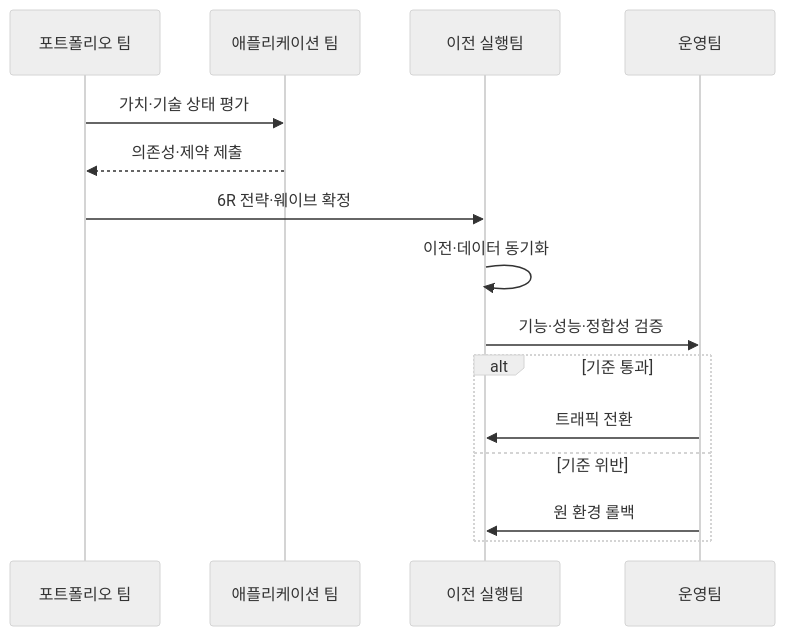
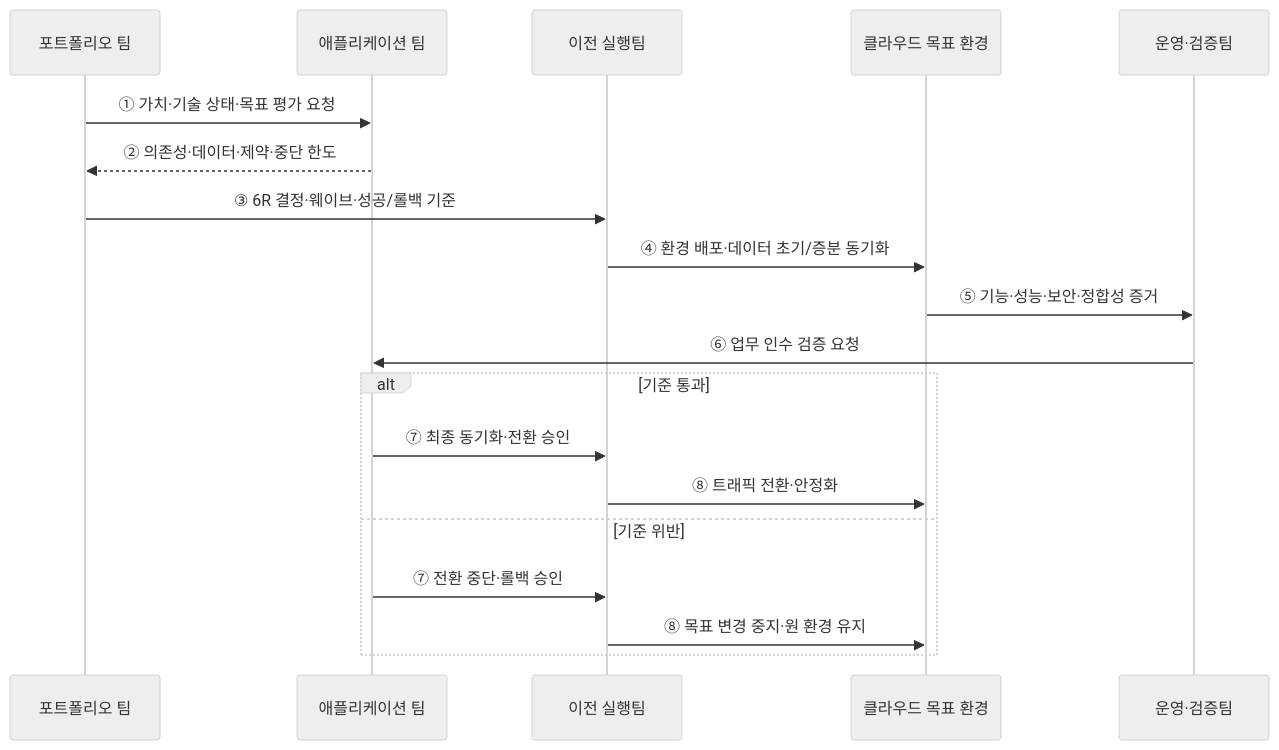
Before and after one commit to agnusdei1207/knowledge-base: the second of 2 diagrams in src/content/docs/notes/03-software/146_cloud_migration_6r.md, drawn with Mermaid (neutral theme). The commit also changed other lines of this file and 20 other files, not shown here.

````diff
--- a/src/content/docs/notes/03-software/146_cloud_migration_6r.md
+++ b/src/content/docs/notes/03-software/146_cloud_migration_6r.md
@@ -80,17 +69,21 @@
 ```mermaid
 sequenceDiagram
     participant P as 포트폴리오 팀
     participant A as 애플리케이션 팀
     participant M as 이전 실행팀
-    participant O as 운영팀
-    P->>A: 가치·기술 상태 평가
-    A-->>P: 의존성·제약 제출
-    P->>M: 6R 전략·웨이브 확정
-    M->>M: 이전·데이터 동기화
-    M->>O: 기능·성능·정합성 검증
+    participant C as 클라우드 목표 환경
+    participant O as 운영·검증팀
+    P->>A: ① 가치·기술 상태·목표 평가 요청
+    A-->>P: ② 의존성·데이터·제약·중단 한도
+    P->>M: ③ 6R 결정·웨이브·성공/롤백 기준
+    M->>C: ④ 환경 배포·데이터 초기/증분 동기화
+    C->>O: ⑤ 기능·성능·보안·정합성 증거
+    O->>A: ⑥ 업무 인수 검증 요청
     alt 기준 통과
-        O->>M: 트래픽 전환
+        A->>M: ⑦ 최종 동기화·전환 승인
+        M->>C: ⑧ 트래픽 전환·안정화
     else 기준 위반
-        O->>M: 원 환경 롤백
+        A->>M: ⑦ 전환 중단·롤백 승인
+        M->>C: ⑧ 목표 변경 중지·원 환경 유지
     end
 ```
````
